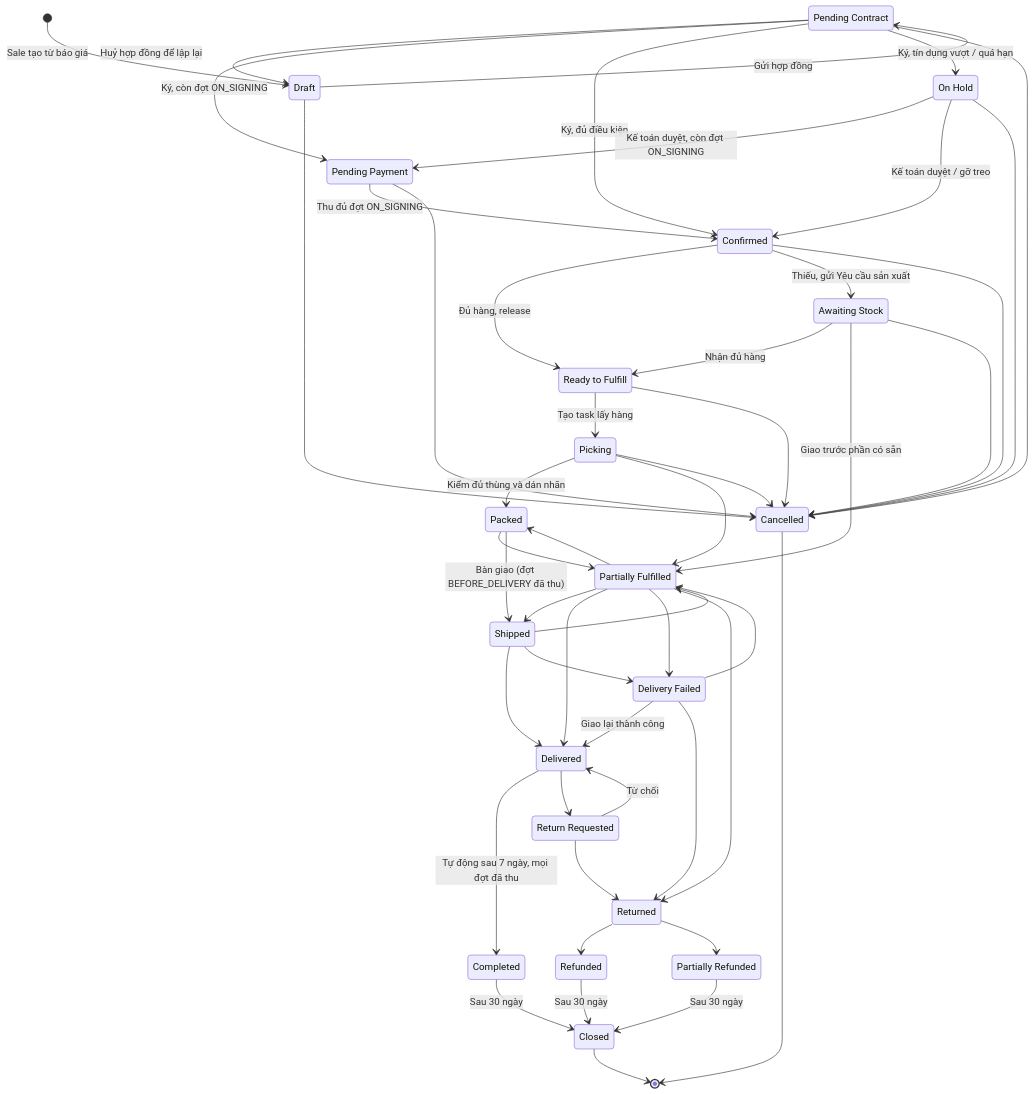
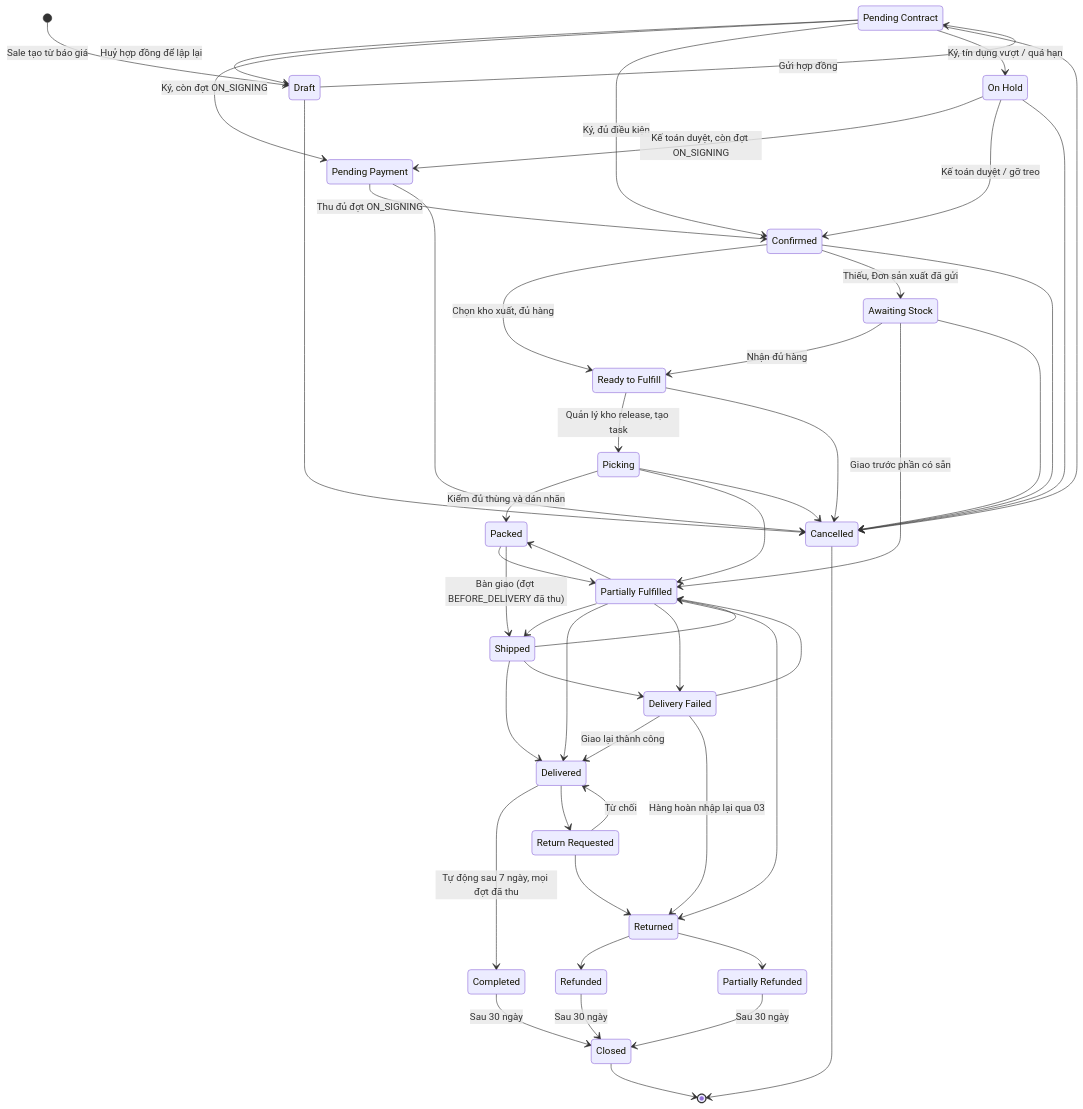
One commit to KLTN-FA26/docs changed diagram 11 of 14 in docs/diagrams/README.md. Above: the diagram before and after it, drawn with Mermaid. The commit also changed other lines of this file and 23 other files, not shown here.

````diff
--- a/docs/diagrams/README.md
+++ b/docs/diagrams/README.md
@@ -512,61 +511,61 @@
 ```mermaid
 stateDiagram-v2
     state "Pending Contract" as PendingContract
     state "Pending Payment" as PendingPayment
     state "Awaiting Stock" as AwaitingStock
     state "Ready to Fulfill" as ReadyToFulfill
     state "Partially Fulfilled" as PartiallyFulfilled
     state "On Hold" as OnHold
     state "Delivery Failed" as DeliveryFailed
     state "Return Requested" as ReturnRequested
     state "Partially Refunded" as PartiallyRefunded
 
     [*] --> Draft: Sale tạo từ báo giá
     Draft --> PendingContract: Gửi hợp đồng
     PendingContract --> Draft: Huỷ hợp đồng để lập lại
     PendingContract --> PendingPayment: Ký, còn đợt ON_SIGNING
     PendingContract --> Confirmed: Ký, đủ điều kiện
     PendingContract --> OnHold: Ký, tín dụng vượt / quá hạn
     OnHold --> PendingPayment: Kế toán duyệt, còn đợt ON_SIGNING
     OnHold --> Confirmed: Kế toán duyệt / gỡ treo
     PendingPayment --> Confirmed: Thu đủ đợt ON_SIGNING
-    Confirmed --> ReadyToFulfill: Đủ hàng, release
-    Confirmed --> AwaitingStock: Thiếu, gửi Yêu cầu sản xuất
+    Confirmed --> ReadyToFulfill: Chọn kho xuất, đủ hàng
+    Confirmed --> AwaitingStock: Thiếu, Đơn sản xuất đã gửi
     AwaitingStock --> ReadyToFulfill: Nhận đủ hàng
     AwaitingStock --> PartiallyFulfilled: Giao trước phần có sẵn
-    ReadyToFulfill --> Picking: Tạo task lấy hàng
+    ReadyToFulfill --> Picking: Quản lý kho release, tạo task
     Picking --> Packed: Kiểm đủ thùng và dán nhãn
     Picking --> PartiallyFulfilled
     Packed --> PartiallyFulfilled
     PartiallyFulfilled --> Packed
     Packed --> Shipped: Bàn giao (đợt BEFORE_DELIVERY đã thu)
     PartiallyFulfilled --> Shipped
     Shipped --> PartiallyFulfilled
     Shipped --> Delivered
     Shipped --> DeliveryFailed
     PartiallyFulfilled --> Delivered
     PartiallyFulfilled --> DeliveryFailed
     DeliveryFailed --> Delivered: Giao lại thành công
     DeliveryFailed --> PartiallyFulfilled
-    DeliveryFailed --> Returned
+    DeliveryFailed --> Returned: Hàng hoàn nhập lại qua 03
     PartiallyFulfilled --> Returned
     Delivered --> Completed: Tự động sau 7 ngày, mọi đợt đã thu
     Delivered --> ReturnRequested
     ReturnRequested --> Delivered: Từ chối
     ReturnRequested --> Returned
     Returned --> Refunded
     Returned --> PartiallyRefunded
     Completed --> Closed: Sau 30 ngày
     Refunded --> Closed: Sau 30 ngày
     PartiallyRefunded --> Closed: Sau 30 ngày
     Draft --> Cancelled
     PendingContract --> Cancelled
     PendingPayment --> Cancelled
     Confirmed --> Cancelled
     AwaitingStock --> Cancelled
     ReadyToFulfill --> Cancelled
     Picking --> Cancelled
     OnHold --> Cancelled
     Closed --> [*]
     Cancelled --> [*]
 ```
````
